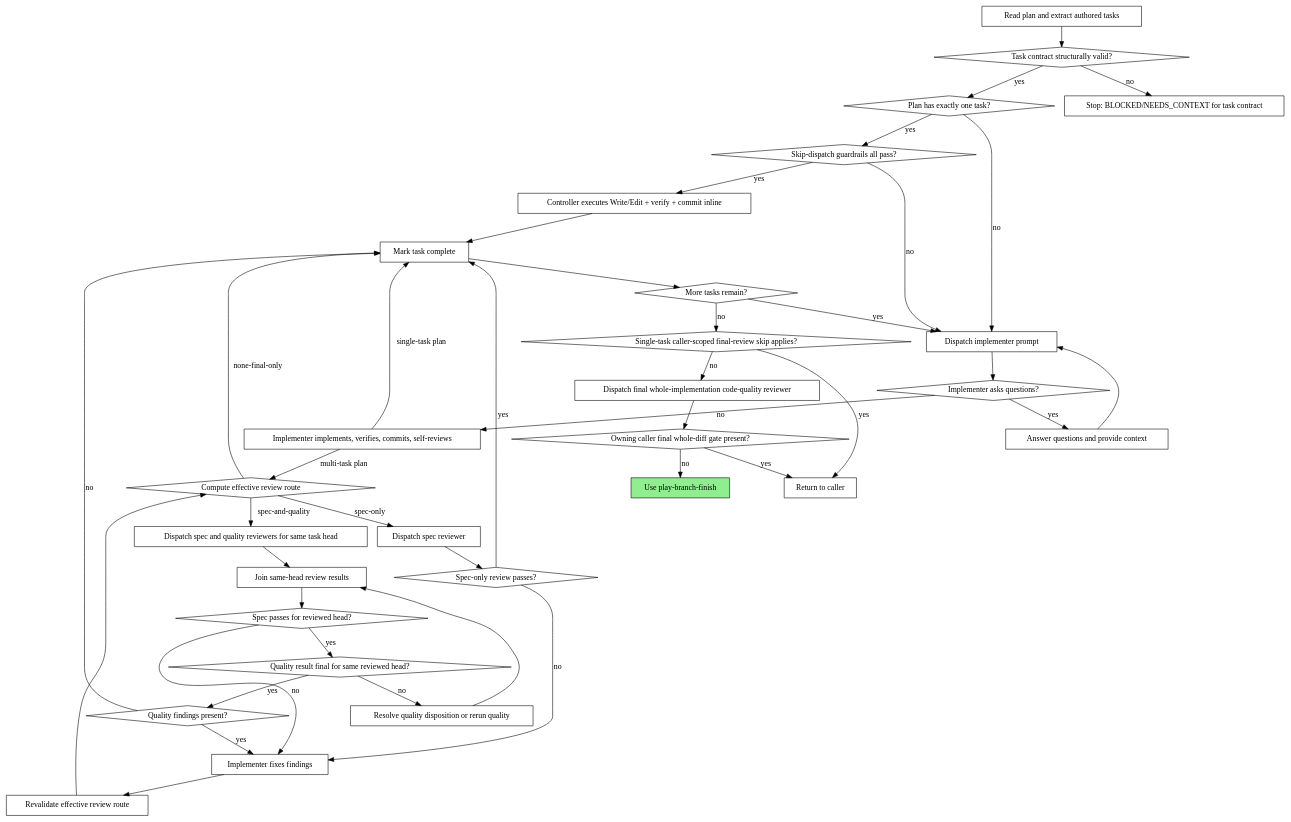
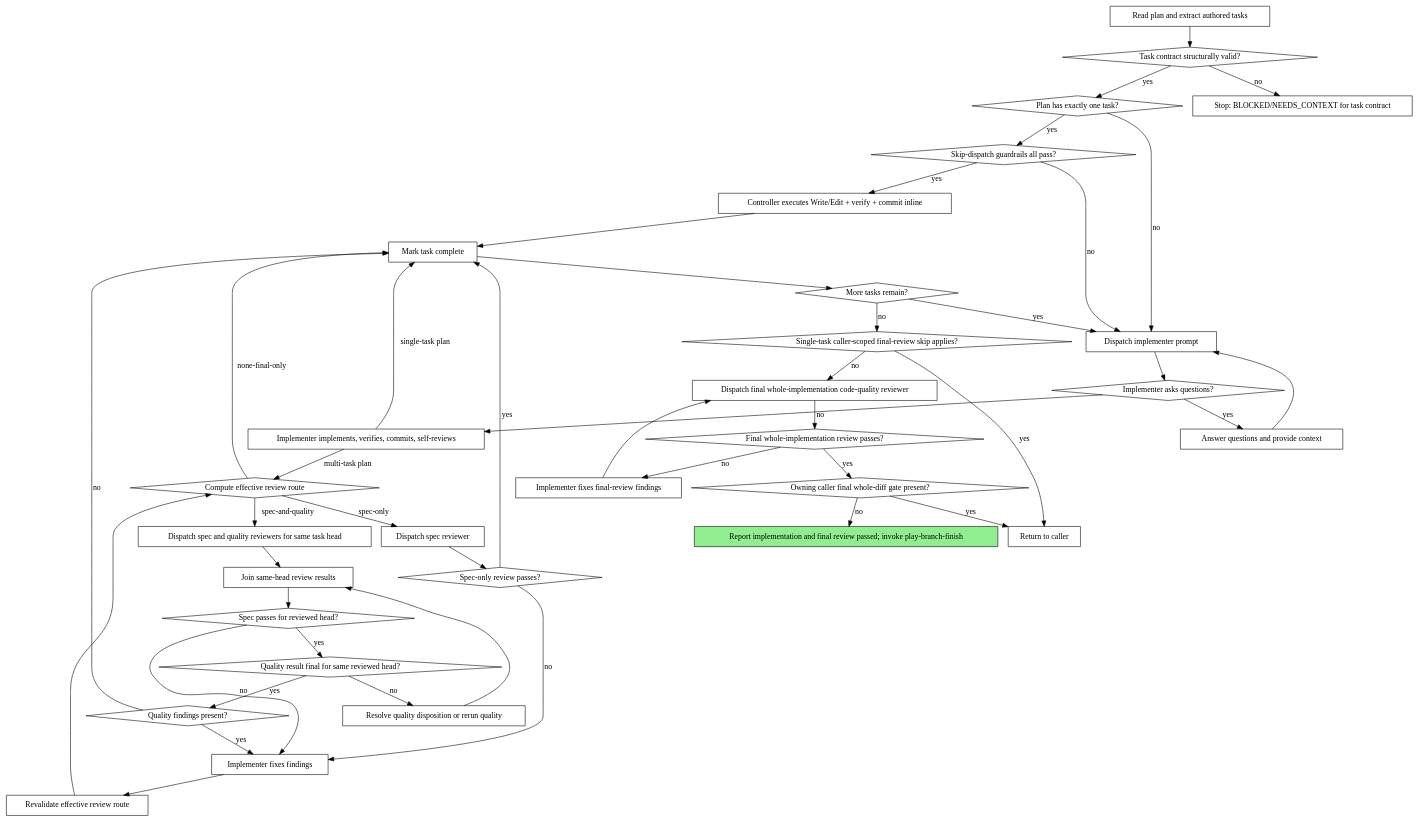
Before and after one commit to ryumiel/devcanon: the second of 2 diagrams in skills/play-subagent-execution/references/process-diagrams.md, drawn with Graphviz. The commit also changed other lines of this file and 6 other files, not shown here.

````diff
--- a/skills/play-subagent-execution/references/process-diagrams.md
+++ b/skills/play-subagent-execution/references/process-diagrams.md
@@ -29,74 +29,79 @@
 ```dot
 digraph process {
     rankdir=TB;
 
     "Read plan and extract authored tasks" [shape=box];
     "Task contract structurally valid?" [shape=diamond];
     "Plan has exactly one task?" [shape=diamond];
     "Skip-dispatch guardrails all pass?" [shape=diamond];
     "Controller executes Write/Edit + verify + commit inline" [shape=box];
     "Dispatch implementer prompt" [shape=box];
     "Implementer asks questions?" [shape=diamond];
     "Answer questions and provide context" [shape=box];
     "Implementer implements, verifies, commits, self-reviews" [shape=box];
     "Compute effective review route" [shape=diamond];
     "Dispatch spec and quality reviewers for same task head" [shape=box];
     "Dispatch spec reviewer" [shape=box];
     "Join same-head review results" [shape=box];
     "Spec-only review passes?" [shape=diamond];
     "Spec passes for reviewed head?" [shape=diamond];
     "Quality result final for same reviewed head?" [shape=diamond];
     "Quality findings present?" [shape=diamond];
     "Resolve quality disposition or rerun quality" [shape=box];
     "Implementer fixes findings" [shape=box];
     "Revalidate effective review route" [shape=box];
     "Mark task complete" [shape=box];
     "More tasks remain?" [shape=diamond];
     "Single-task caller-scoped final-review skip applies?" [shape=diamond];
     "Dispatch final whole-implementation code-quality reviewer" [shape=box];
+    "Final whole-implementation review passes?" [shape=diamond];
+    "Implementer fixes final-review findings" [shape=box];
     "Owning caller final whole-diff gate present?" [shape=diamond];
     "Return to caller" [shape=box];
-    "Use play-branch-finish" [shape=box style=filled fillcolor=lightgreen];
+    "Report implementation and final review passed; invoke play-branch-finish" [shape=box style=filled fillcolor=lightgreen];
     "Stop: BLOCKED/NEEDS_CONTEXT for task contract" [shape=box];
 
     "Read plan and extract authored tasks" -> "Task contract structurally valid?";
     "Task contract structurally valid?" -> "Stop: BLOCKED/NEEDS_CONTEXT for task contract" [label="no"];
     "Task contract structurally valid?" -> "Plan has exactly one task?" [label="yes"];
     "Plan has exactly one task?" -> "Skip-dispatch guardrails all pass?" [label="yes"];
     "Skip-dispatch guardrails all pass?" -> "Controller executes Write/Edit + verify + commit inline" [label="yes"];
     "Skip-dispatch guardrails all pass?" -> "Dispatch implementer prompt" [label="no"];
     "Plan has exactly one task?" -> "Dispatch implementer prompt" [label="no"];
     "Dispatch implementer prompt" -> "Implementer asks questions?";
     "Implementer asks questions?" -> "Answer questions and provide context" [label="yes"];
     "Answer questions and provide context" -> "Dispatch implementer prompt";
     "Implementer asks questions?" -> "Implementer implements, verifies, commits, self-reviews" [label="no"];
     "Implementer implements, verifies, commits, self-reviews" -> "Mark task complete" [label="single-task plan"];
     "Implementer implements, verifies, commits, self-reviews" -> "Compute effective review route" [label="multi-task plan"];
     "Compute effective review route" -> "Dispatch spec and quality reviewers for same task head" [label="spec-and-quality"];
     "Compute effective review route" -> "Dispatch spec reviewer" [label="spec-only"];
     "Compute effective review route" -> "Mark task complete" [label="none-final-only"];
     "Dispatch spec and quality reviewers for same task head" -> "Join same-head review results";
     "Dispatch spec reviewer" -> "Spec-only review passes?";
     "Join same-head review results" -> "Spec passes for reviewed head?";
     "Spec-only review passes?" -> "Implementer fixes findings" [label="no"];
     "Spec-only review passes?" -> "Mark task complete" [label="yes"];
     "Spec passes for reviewed head?" -> "Implementer fixes findings" [label="no"];
     "Spec passes for reviewed head?" -> "Quality result final for same reviewed head?" [label="yes"];
     "Quality result final for same reviewed head?" -> "Resolve quality disposition or rerun quality" [label="no"];
     "Resolve quality disposition or rerun quality" -> "Join same-head review results";
     "Quality result final for same reviewed head?" -> "Quality findings present?" [label="yes"];
     "Quality findings present?" -> "Implementer fixes findings" [label="yes"];
     "Quality findings present?" -> "Mark task complete" [label="no"];
     "Implementer fixes findings" -> "Revalidate effective review route";
     "Revalidate effective review route" -> "Compute effective review route";
     "Controller executes Write/Edit + verify + commit inline" -> "Mark task complete";
     "Mark task complete" -> "More tasks remain?";
     "More tasks remain?" -> "Dispatch implementer prompt" [label="yes"];
     "More tasks remain?" -> "Single-task caller-scoped final-review skip applies?" [label="no"];
     "Single-task caller-scoped final-review skip applies?" -> "Return to caller" [label="yes"];
     "Single-task caller-scoped final-review skip applies?" -> "Dispatch final whole-implementation code-quality reviewer" [label="no"];
-    "Dispatch final whole-implementation code-quality reviewer" -> "Owning caller final whole-diff gate present?";
+    "Dispatch final whole-implementation code-quality reviewer" -> "Final whole-implementation review passes?";
+    "Final whole-implementation review passes?" -> "Implementer fixes final-review findings" [label="no"];
+    "Implementer fixes final-review findings" -> "Dispatch final whole-implementation code-quality reviewer";
+    "Final whole-implementation review passes?" -> "Owning caller final whole-diff gate present?" [label="yes"];
     "Owning caller final whole-diff gate present?" -> "Return to caller" [label="yes"];
-    "Owning caller final whole-diff gate present?" -> "Use play-branch-finish" [label="no"];
+    "Owning caller final whole-diff gate present?" -> "Report implementation and final review passed; invoke play-branch-finish" [label="no"];
 }
 ```
````
